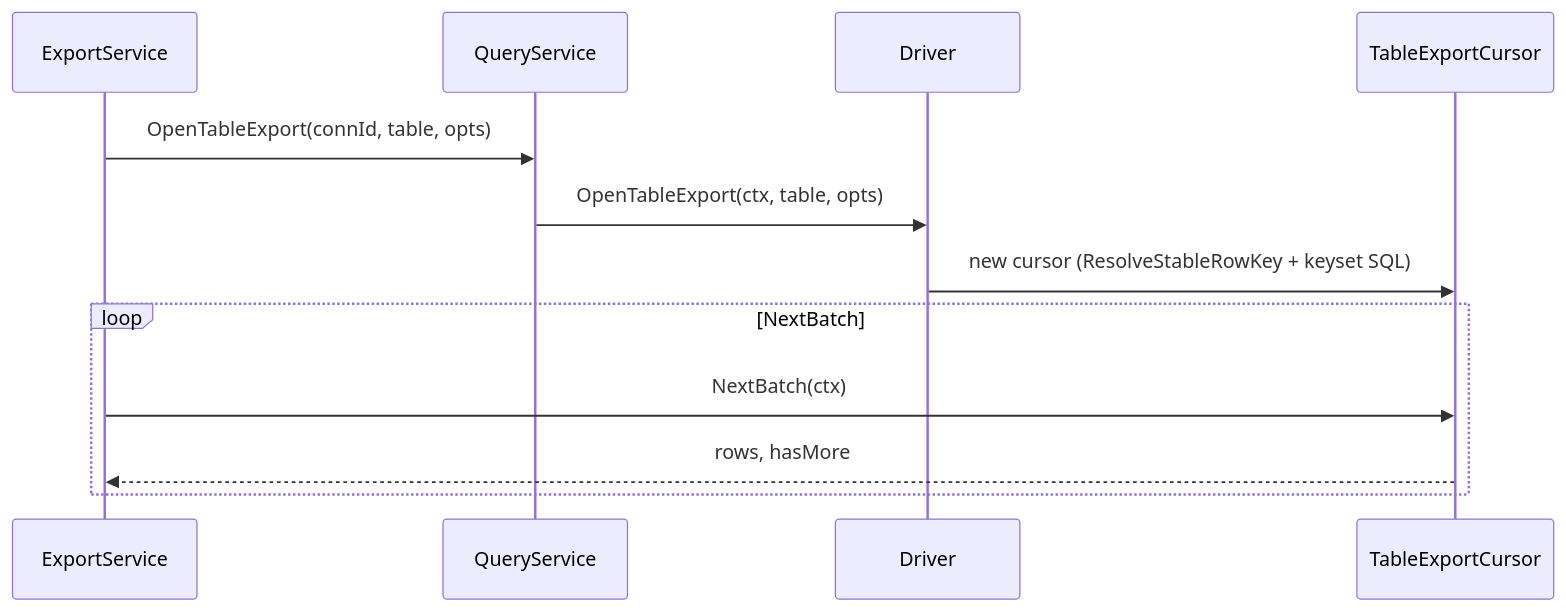
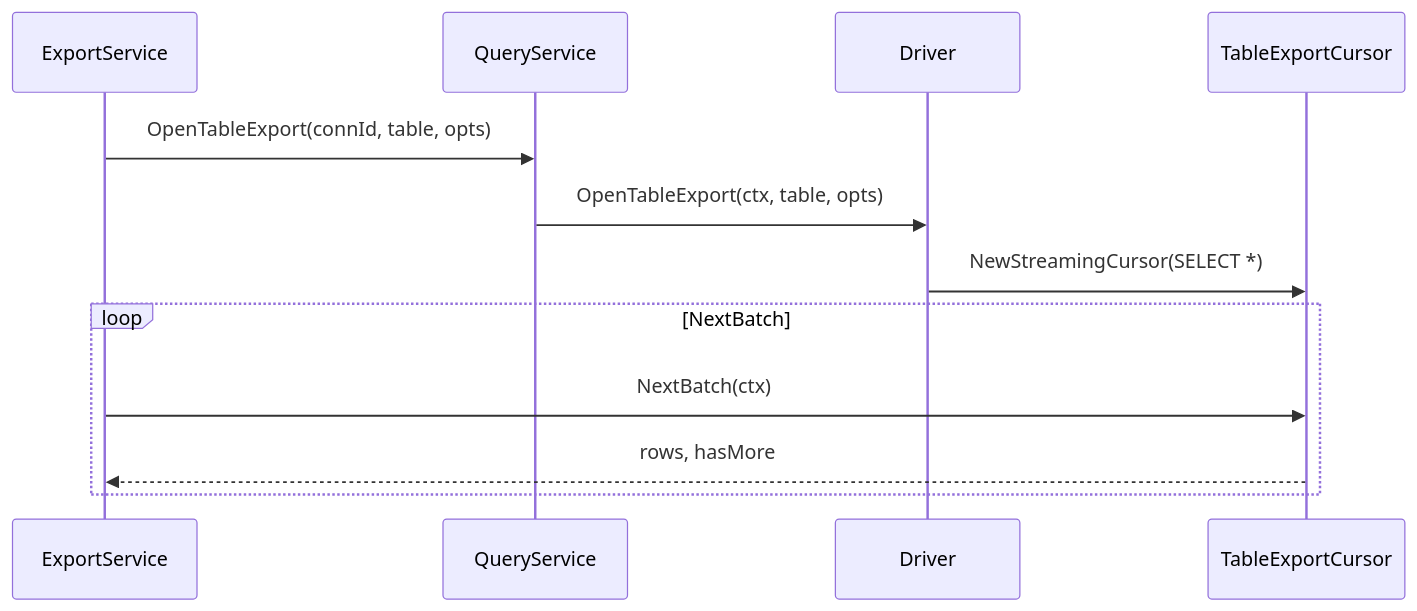
The diagram in docs/design/EXPORT_MULTI_DIALECT.md (wzhejunqiu/data-nexus), drawn with Mermaid before and after one commit. The commit also changed other lines of this file and 30 other files, not shown here.

First line of the commit message:
release(v0.4.0): PostgreSQL/MySQL remote connections and streaming CSV export.

````diff
--- a/docs/design/EXPORT_MULTI_DIALECT.md
+++ b/docs/design/EXPORT_MULTI_DIALECT.md
@@ -14,15 +14,15 @@
 ```mermaid
 sequenceDiagram
   participant E as ExportService
   participant Q as QueryService
   participant D as Driver
   participant C as TableExportCursor
 
   E->>Q: OpenTableExport(connId, table, opts)
   Q->>D: OpenTableExport(ctx, table, opts)
-  D->>C: new cursor (ResolveStableRowKey + keyset SQL)
+  D->>C: NewStreamingCursor(SELECT *)
   loop NextBatch
     E->>C: NextBatch(ctx)
     C-->>E: rows, hasMore
   end
 ```
````
